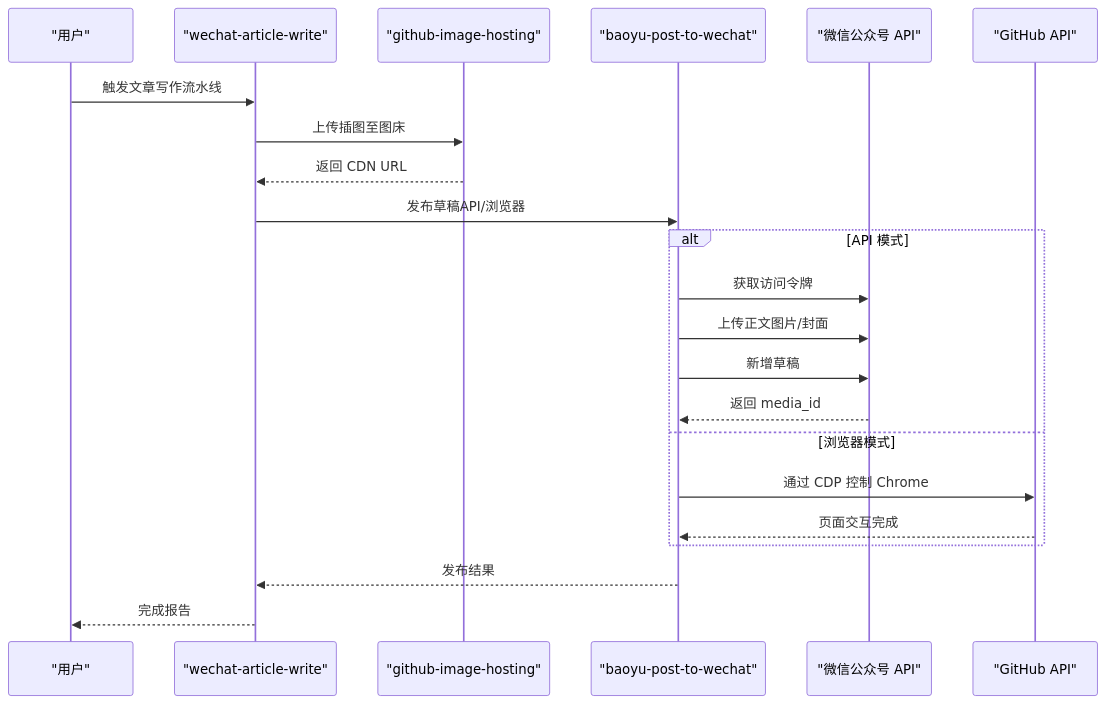
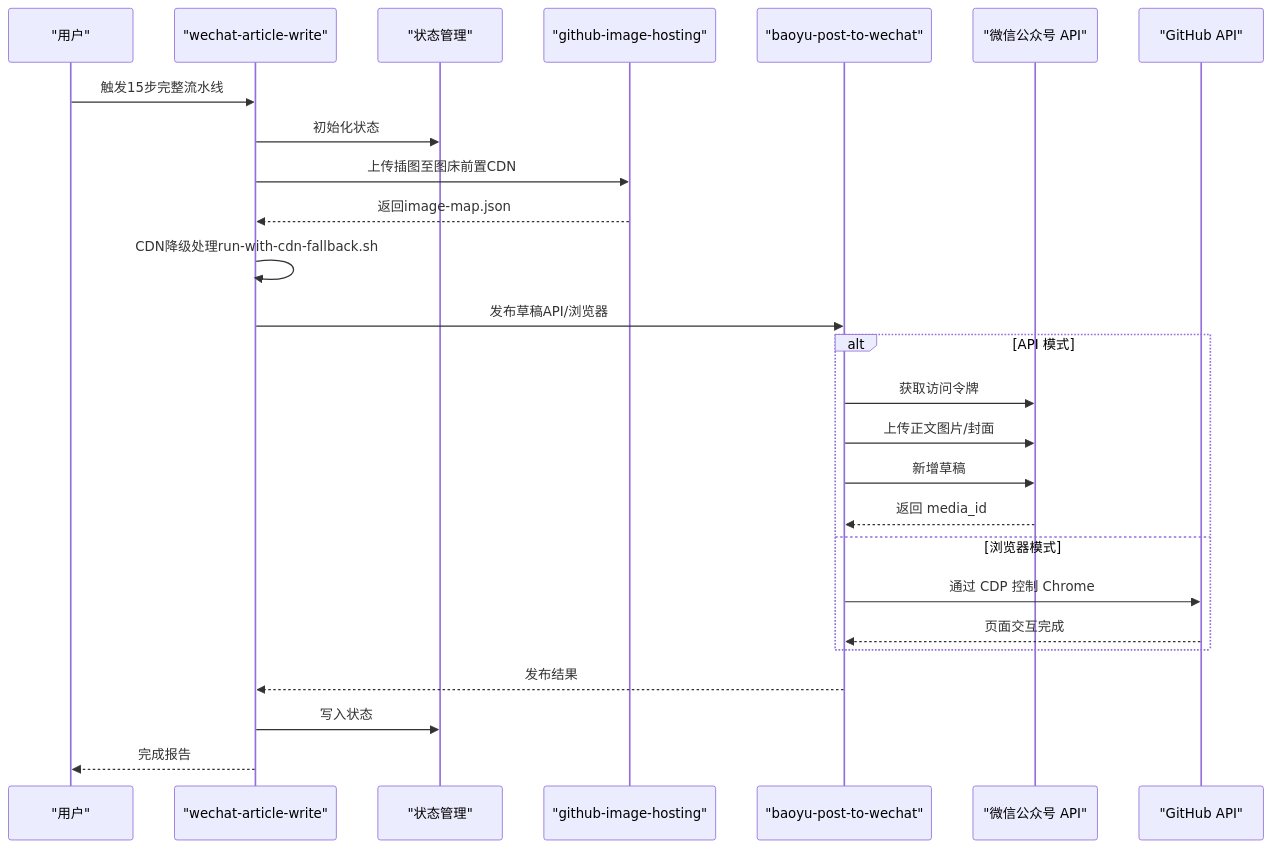
The second of 6 diagrams in .qoder/repowiki/zh/content/AI 技能系统/发布自动化技能/发布自动化技能.md (NTLx/ntlx.github.io), drawn with Mermaid before and after one commit. The commit also changed other lines of this file and 8 other files, not shown here.

````diff
--- a/.qoder/repowiki/zh/content/AI 技能系统/发布自动化技能/发布自动化技能.md
+++ b/.qoder/repowiki/zh/content/AI 技能系统/发布自动化技能/发布自动化技能.md
@@ -104,24 +134,28 @@
 ```mermaid
 sequenceDiagram
 participant U as "用户"
 participant W as "wechat-article-write"
+participant S as "状态管理"
 participant I as "github-image-hosting"
 participant P as "baoyu-post-to-wechat"
 participant WX as "微信公众号 API"
 participant GH as "GitHub API"
-U->>W : 触发文章写作流水线
-W->>I : 上传插图至图床
-I-->>W : 返回 CDN URL
+U->>W : 触发15步完整流水线
+W->>S : 初始化状态
+W->>I : 上传插图至图床前置CDN
+I-->>W : 返回image-map.json
+W->>W : CDN降级处理run-with-cdn-fallback.sh
 W->>P : 发布草稿API/浏览器
 alt API 模式
 P->>WX : 获取访问令牌
 P->>WX : 上传正文图片/封面
 P->>WX : 新增草稿
 WX-->>P : 返回 media_id
 else 浏览器模式
 P->>GH : 通过 CDP 控制 Chrome
 GH-->>P : 页面交互完成
 end
 P-->>W : 发布结果
+W->>S : 写入状态
 W-->>U : 完成报告
 ```
````
